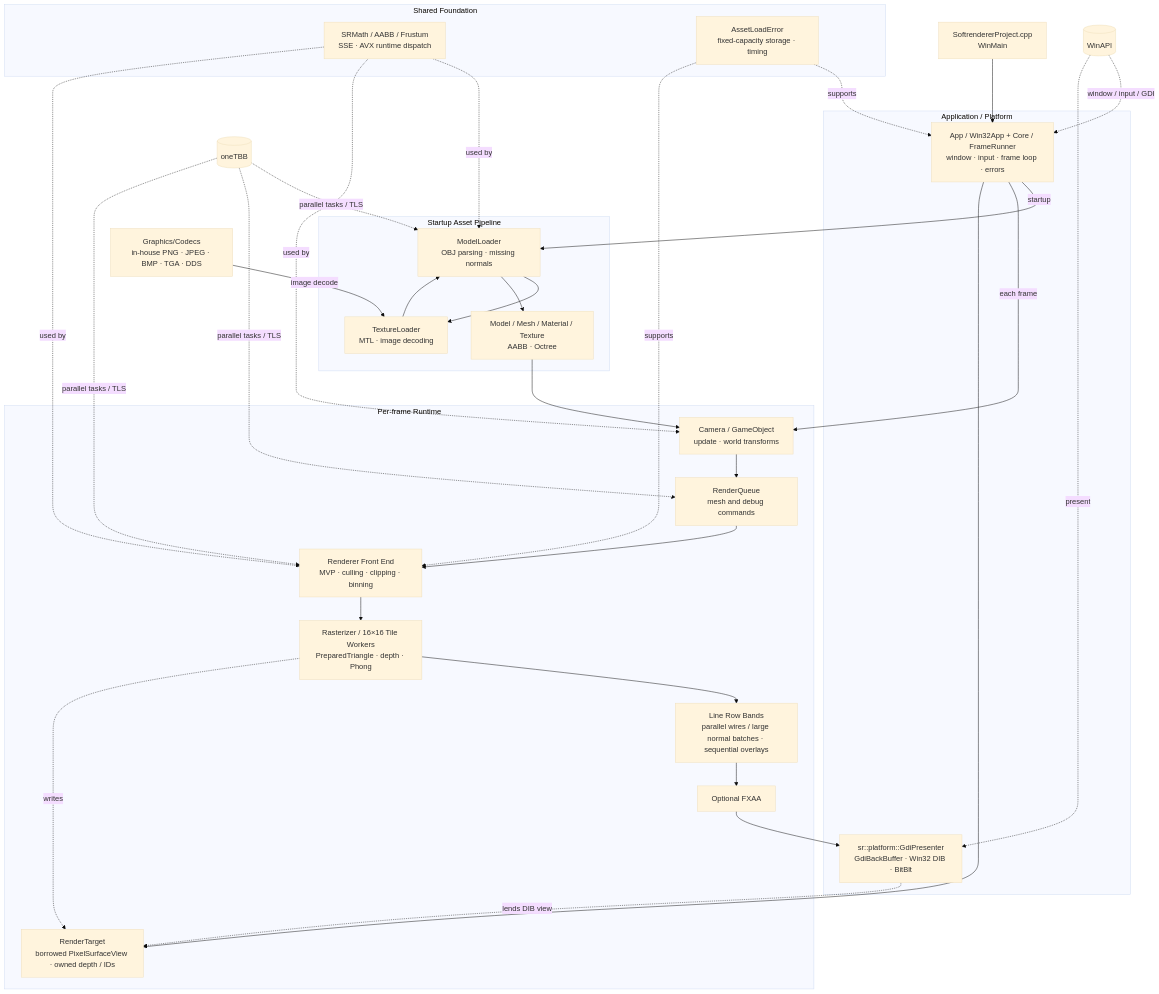
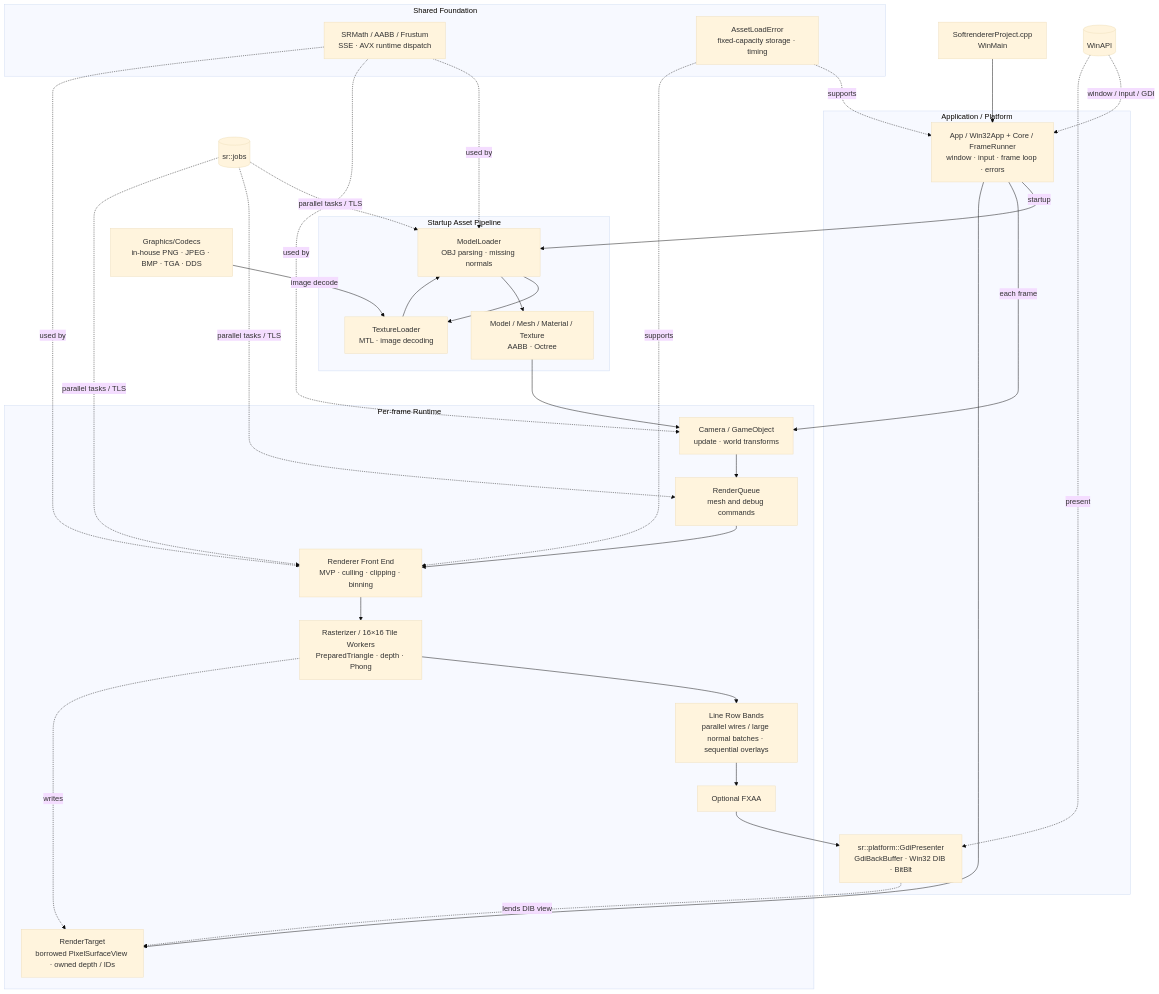
The first of 2 diagrams in ARCHITECTURE.md (namsy8471/SoftwareRendererProject), drawn with Mermaid (base theme) before and after one commit. The commit also changed other lines of this file and 206 other files, not shown here.

First line of the commit message:
Jobs: drop oneTBB (backend, vendored binaries, build and CI deps)

````diff
--- a/ARCHITECTURE.md
+++ b/ARCHITECTURE.md
@@ -11,54 +11,54 @@
 ```mermaid
 flowchart TB
     Entry["SoftrendererProject.cpp<br/>WinMain"]
 
     subgraph Application["Application / Platform"]
         Framework["App / Win32App + Core / FrameRunner<br/>window · input · frame loop · errors"]
         GDI["sr::platform::GdiPresenter<br/>GdiBackBuffer · Win32 DIB · BitBlt"]
     end
 
     subgraph Content["Startup Asset Pipeline"]
         Loader["ModelLoader<br/>OBJ parsing · missing normals"]
         TextureLoader["TextureLoader<br/>MTL · image decoding"]
         Model["Model / Mesh / Material / Texture<br/>AABB · Octree"]
     end
 
     subgraph Runtime["Per-frame Runtime"]
         Scene["Camera / GameObject<br/>update · world transforms"]
         Queue["RenderQueue<br/>mesh and debug commands"]
         Renderer["Renderer Front End<br/>MVP · culling · clipping · binning"]
         Tiles["Rasterizer / 16×16 Tile Workers<br/>PreparedTriangle · depth · Phong"]
         Target["RenderTarget<br/>borrowed PixelSurfaceView · owned depth / IDs"]
         Lines["Line Row Bands<br/>parallel wires / large normal batches · sequential overlays"]
         FXAA["Optional FXAA"]
     end
 
     subgraph Foundation["Shared Foundation"]
         Math["SRMath / AABB / Frustum<br/>SSE · AVX runtime dispatch"]
         Utils["AssetLoadError<br/>fixed-capacity storage · timing"]
     end
 
     Entry --> Framework
     Framework -->|startup| Loader
     Loader --> TextureLoader
     TextureLoader --> Loader
     Loader --> Model
     Model --> Scene
     Framework -->|each frame| Scene
     Scene --> Queue --> Renderer --> Tiles --> Lines --> FXAA --> GDI
     Framework --> Target
     Tiles -. writes .-> Target
     GDI -. lends DIB view .-> Target
     Math -. used by .-> Loader
     Math -. used by .-> Scene
     Math -. used by .-> Renderer
     Utils -. supports .-> Framework
     Utils -. supports .-> Renderer
 
-    oneTBB[(oneTBB)] -. parallel tasks / TLS .-> Loader
-    oneTBB -. parallel tasks / TLS .-> Queue
-    oneTBB -. parallel tasks / TLS .-> Renderer
+    Jobs[(sr::jobs)] -. parallel tasks / TLS .-> Loader
+    Jobs -. parallel tasks / TLS .-> Queue
+    Jobs -. parallel tasks / TLS .-> Renderer
     Codecs["Graphics/Codecs<br/>in-house PNG · JPEG · BMP · TGA · DDS"] -->|image decode| TextureLoader
     WinAPI[(WinAPI)] -. window / input / GDI .-> Framework
     WinAPI -. present .-> GDI
 ```
````
